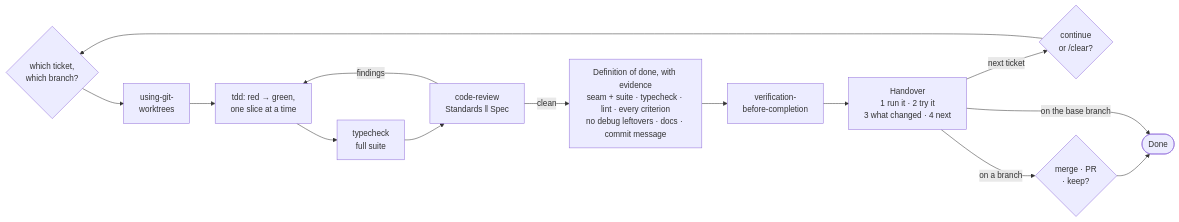
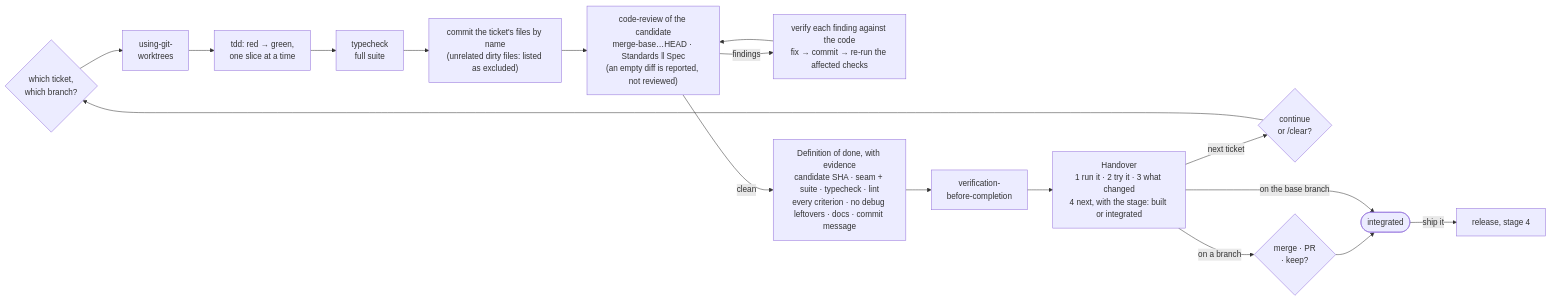
Before and after one commit to gabriel-tutor/my-workflow-agent-skills: the third of 3 diagrams in README.md, drawn with Mermaid. The commit also changed other lines of this file and 3 other files, not shown here.

````diff
--- a/README.md
+++ b/README.md
@@ -67,14 +89,16 @@
 ```mermaid
 flowchart LR
     I{which ticket,<br/>which branch?} --> WT["using-git-<br/>worktrees"]
     WT --> RG["tdd: red → green,<br/>one slice at a time"]
     RG --> CHK["typecheck<br/>full suite"]
-    CHK --> CR["code-review<br/>Standards ‖ Spec"]
-    CR -->|findings| RG
-    CR -->|clean| DOD["Definition of done, with evidence<br/>seam + suite · typecheck · lint · every criterion<br/>no debug leftovers · docs · commit message"]
+    CHK --> CM["commit the ticket's files by name<br/>(unrelated dirty files: listed as excluded)"]
+    CM --> CR["code-review of the candidate<br/>merge-base…HEAD · Standards ‖ Spec<br/>(an empty diff is reported, not reviewed)"]
+    CR -->|findings| FX["verify each finding against the code<br/>fix → commit → re-run the affected checks"] --> CR
+    CR -->|clean| DOD["Definition of done, with evidence<br/>candidate SHA · seam + suite · typecheck · lint<br/>every criterion · no debug leftovers · docs · commit message"]
     DOD --> V["verification-<br/>before-completion"]
-    V --> H["Handover<br/>1 run it · 2 try it<br/>3 what changed · 4 next"]
+    V --> H["Handover<br/>1 run it · 2 try it · 3 what changed<br/>4 next, with the stage: built or integrated"]
     H -->|next ticket| N{continue<br/>or /clear?} --> I
-    H -->|on a branch| F{merge · PR<br/>· keep?} --> E([Done])
-    H -->|on the base branch| E
+    H -->|on a branch| F{merge · PR<br/>· keep?} --> M([integrated])
+    H -->|on the base branch| M
+    M -->|ship it| REL["release, stage 4"]
 ```
````
